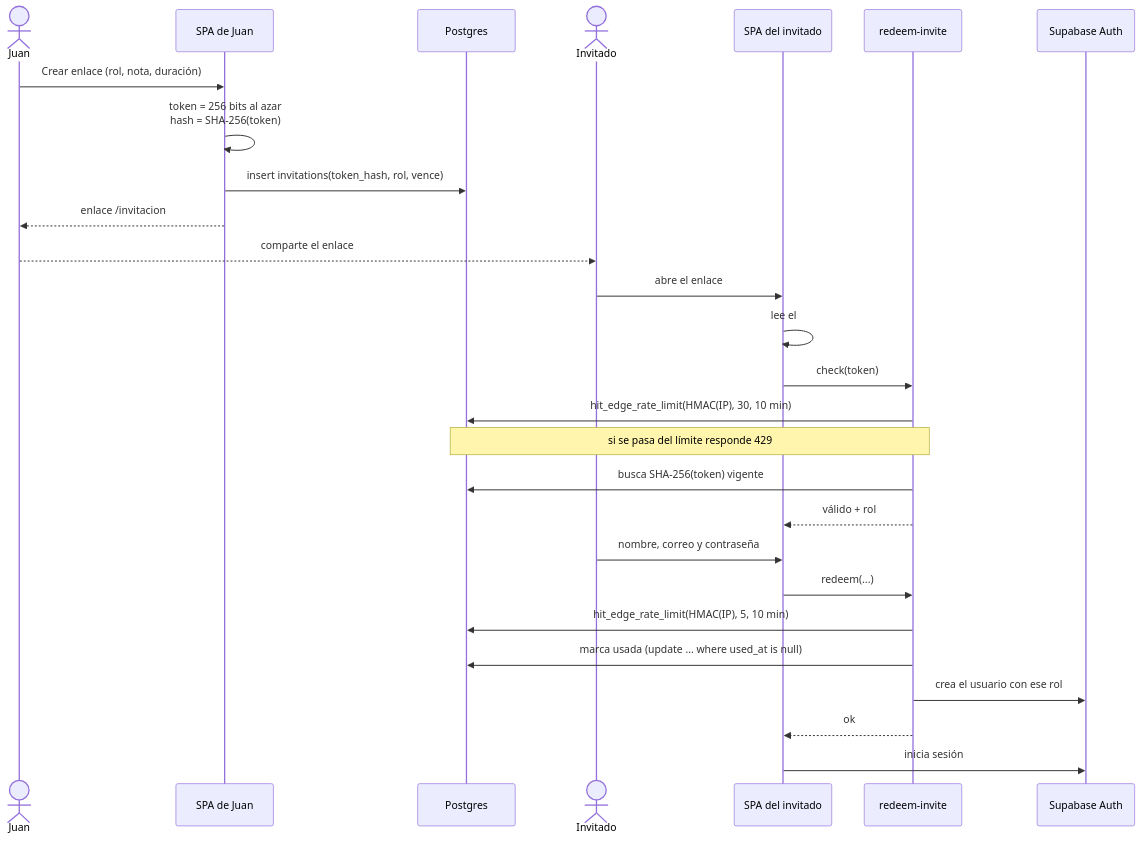
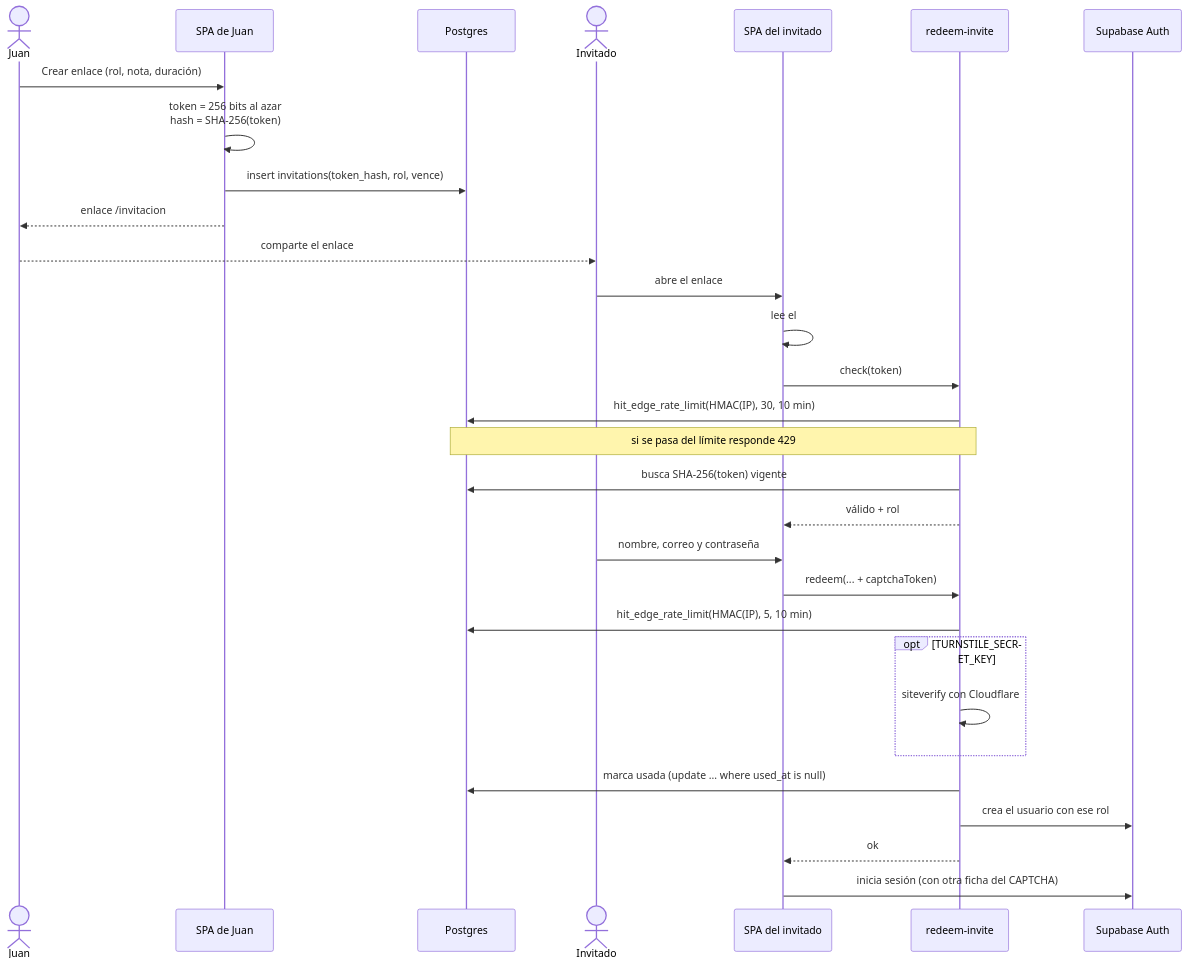
The fifth of 41 diagrams in docs/DIAGRAMAS.md (Juan-Carlos-Estevez-Vargas/Camila-Sanchez), drawn with Mermaid before and after one commit. The commit also changed other lines of this file and 20 other files, not shown here.

First line of the commit message:
feat(seguridad): CAPTCHA opcional con Cloudflare Turnstile

````diff
--- a/docs/DIAGRAMAS.md
+++ b/docs/DIAGRAMAS.md
@@ -131,30 +141,33 @@
 ```mermaid
 sequenceDiagram
   actor J as Juan
   participant App as SPA de Juan
   participant DB as Postgres
   actor I as Invitado
   participant App2 as SPA del invitado
   participant RI as redeem-invite
   participant Auth as Supabase Auth
 
   J->>App: Crear enlace (rol, nota, duración)
   App->>App: token = 256 bits al azar<br/>hash = SHA-256(token)
   App->>DB: insert invitations(token_hash, rol, vence)
   App-->>J: enlace /invitacion#token y QR
   J-->>I: comparte el enlace
   I->>App2: abre el enlace
   App2->>App2: lee el #fragmento y lo borra de la barra
   App2->>RI: check(token)
   RI->>DB: hit_edge_rate_limit(HMAC(IP), 30, 10 min)
   Note over RI,DB: si se pasa del límite responde 429
   RI->>DB: busca SHA-256(token) vigente
   RI-->>App2: válido + rol
   I->>App2: nombre, correo y contraseña
-  App2->>RI: redeem(...)
+  App2->>RI: redeem(... + captchaToken)
   RI->>DB: hit_edge_rate_limit(HMAC(IP), 5, 10 min)
+  opt TURNSTILE_SECRET_KEY
+    RI->>RI: siteverify con Cloudflare
+  end
   RI->>DB: marca usada (update ... where used_at is null)
   RI->>Auth: crea el usuario con ese rol
   RI-->>App2: ok
-  App2->>Auth: inicia sesión
+  App2->>Auth: inicia sesión (con otra ficha del CAPTCHA)
 ```
````
